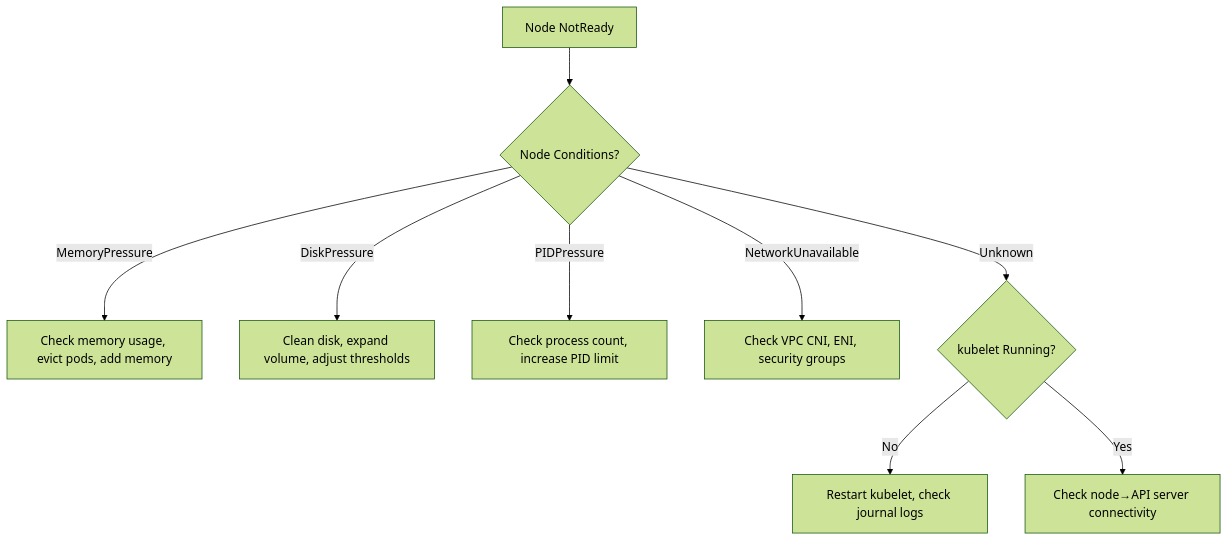
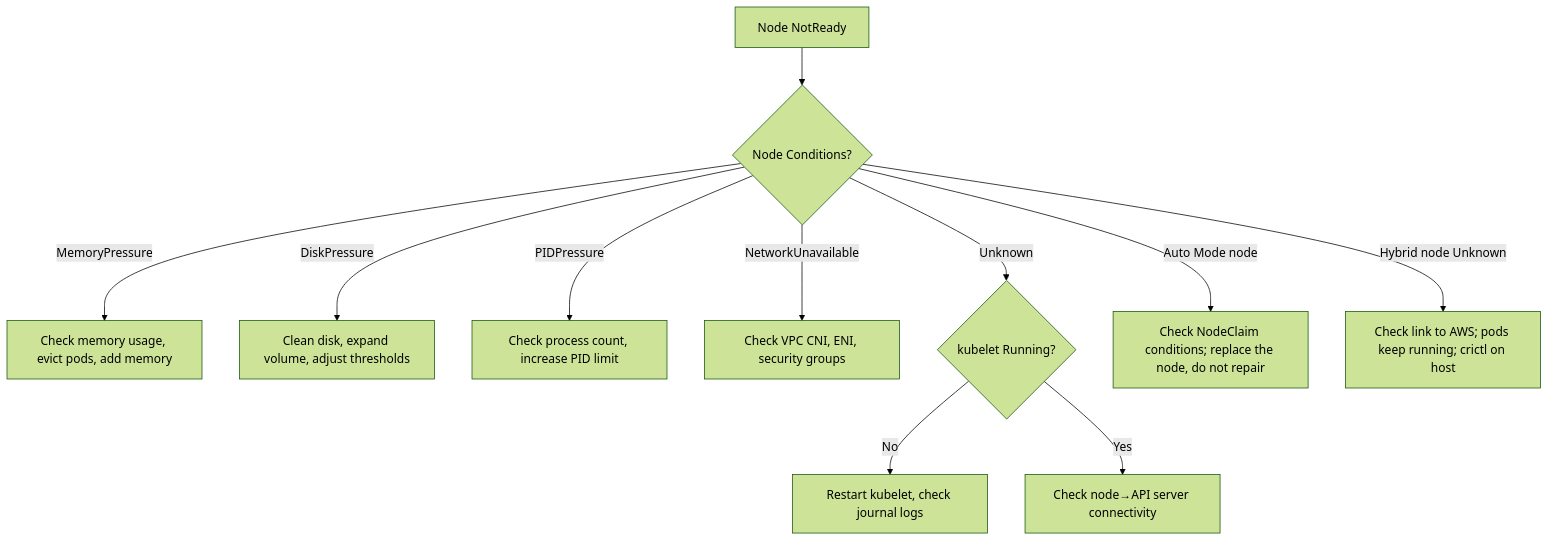
Before and after one commit to Atom-oh/oh-my-cloud-skills: the second of 4 diagrams in packages/claude/aws-ops-plugin/skills/ops-troubleshoot/references/decision-trees.md, drawn with Mermaid (forest theme). The commit also changed 87 other files, not shown here.

````diff
--- a/packages/claude/aws-ops-plugin/skills/ops-troubleshoot/references/decision-trees.md
+++ b/packages/claude/aws-ops-plugin/skills/ops-troubleshoot/references/decision-trees.md
@@ -38,12 +38,14 @@
 ```mermaid
 flowchart TD
     START[Node NotReady] --> CHECK{Node Conditions?}
 
     CHECK -->|MemoryPressure| MEM[Check memory usage, evict pods, add memory]
     CHECK -->|DiskPressure| DISK[Clean disk, expand volume, adjust thresholds]
     CHECK -->|PIDPressure| PID[Check process count, increase PID limit]
     CHECK -->|NetworkUnavailable| NET[Check VPC CNI, ENI, security groups]
     CHECK -->|Unknown| UNK{kubelet Running?}
     UNK -->|No| KUBELET[Restart kubelet, check journal logs]
+    CHECK -->|Auto Mode node| AM[Check NodeClaim conditions; replace the node, do not repair]
+    CHECK -->|Hybrid node Unknown| HY[Check link to AWS; pods keep running; crictl on host]
     UNK -->|Yes| API[Check node→API server connectivity]
 ```
````
